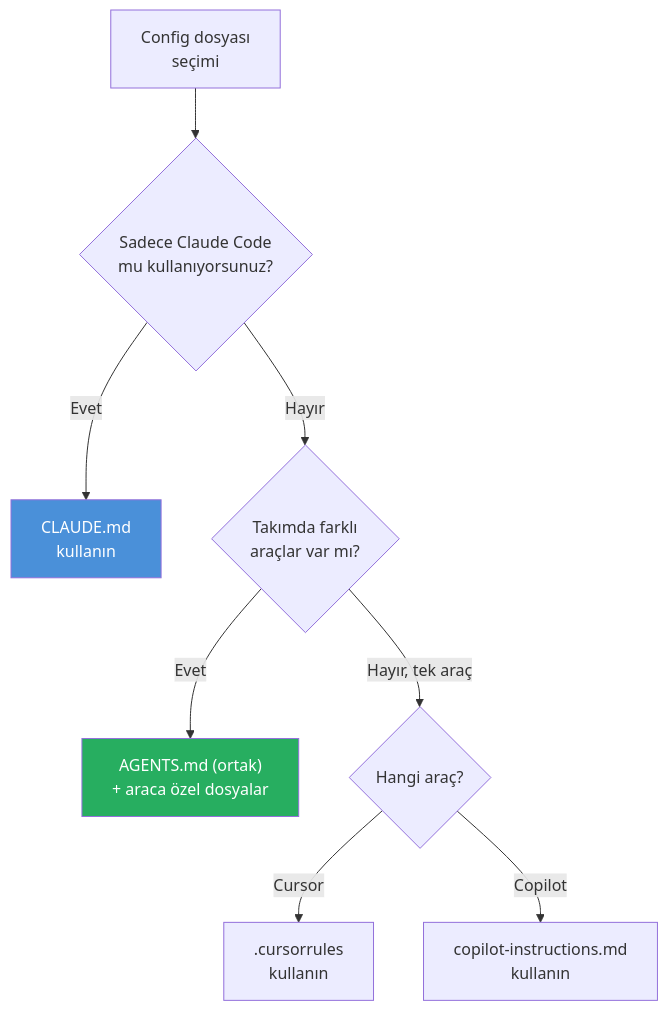
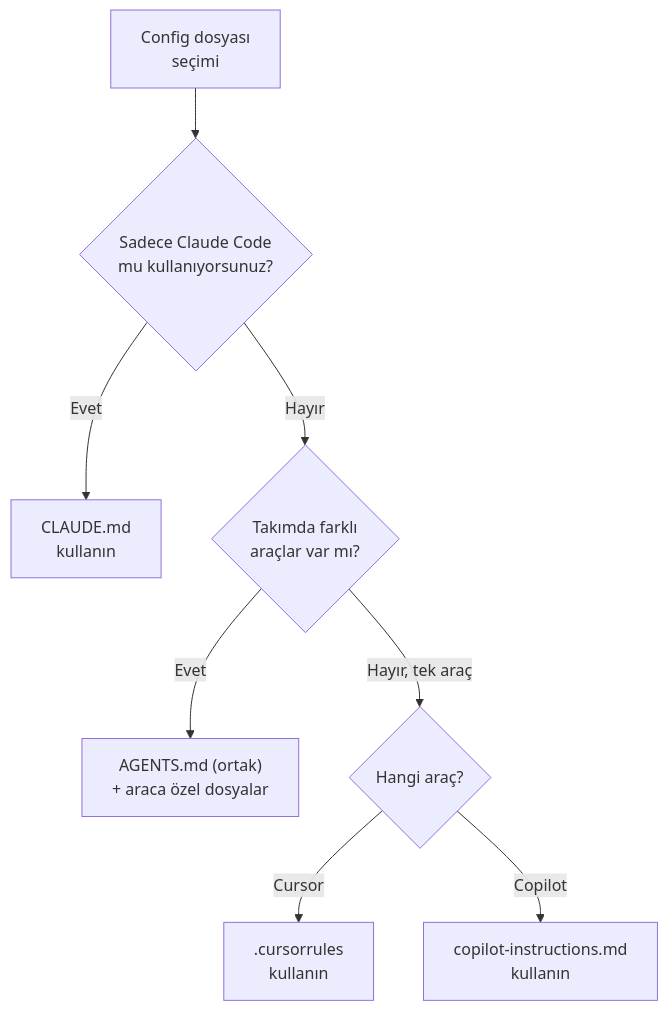
One commit to IzzetYasinAtes/ClaudeCodeHandbook changed the fifth of 5 diagrams in 09-bellek-ve-baglam/02-agents-md-ve-diger-config.md. Above: the diagram before and after it, drawn with Mermaid. The commit also changed other lines of this file and 97 other files, not shown here.

Commit message:
Remove all custom Mermaid style/fill colors from 98 markdown files for consistent dark theme rendering

````diff
--- a/09-bellek-ve-baglam/02-agents-md-ve-diger-config.md
+++ b/09-bellek-ve-baglam/02-agents-md-ve-diger-config.md
@@ -246,13 +240,11 @@
 ```mermaid
 flowchart TD
     START["Config dosyası<br/>seçimi"] --> Q1{"Sadece Claude Code<br/>mu kullanıyorsunuz?"}
     Q1 -->|"Evet"| CLAUDE["CLAUDE.md<br/>kullanın"]
     Q1 -->|"Hayır"| Q2{"Takımda farklı<br/>araçlar var mı?"}
     Q2 -->|"Evet"| BOTH["AGENTS.md (ortak)<br/>+ araca özel dosyalar"]
     Q2 -->|"Hayır, tek araç"| Q3{"Hangi araç?"}
     Q3 -->|"Cursor"| CURSOR_F[".cursorrules<br/>kullanın"]
     Q3 -->|"Copilot"| COPILOT_F["copilot-instructions.md<br/>kullanın"]
 
-    style CLAUDE fill:#4A90D9,color:#fff
-    style BOTH fill:#27AE60,color:#fff
 ```
````
